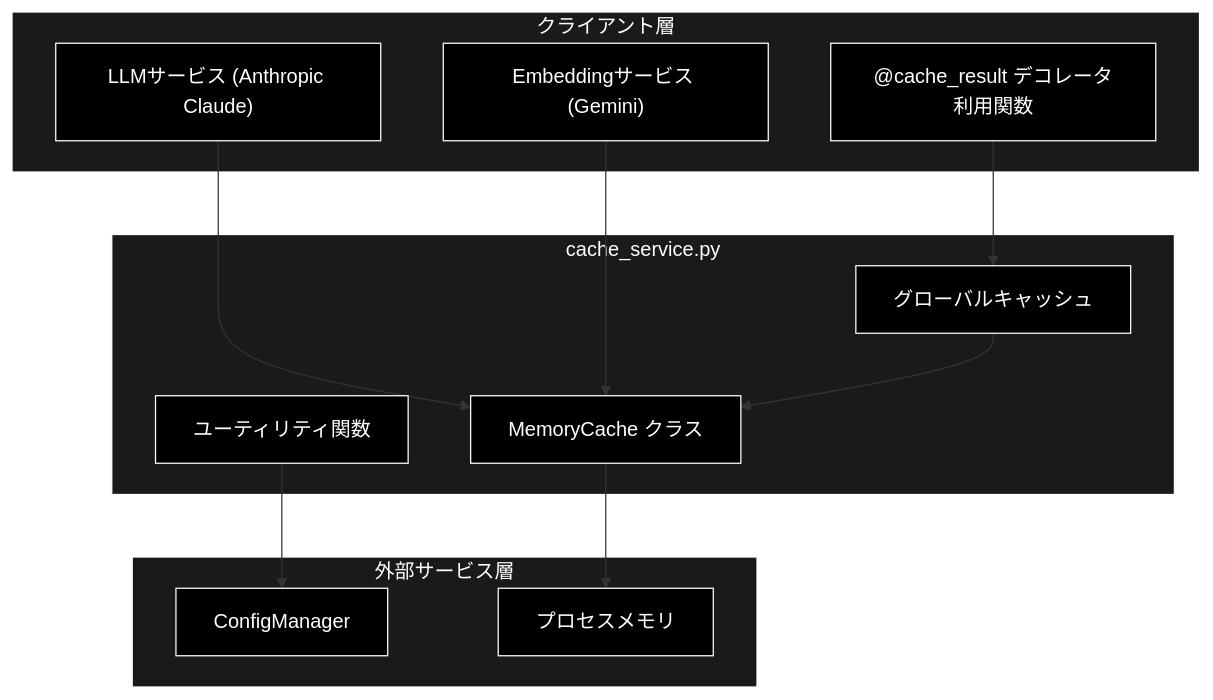
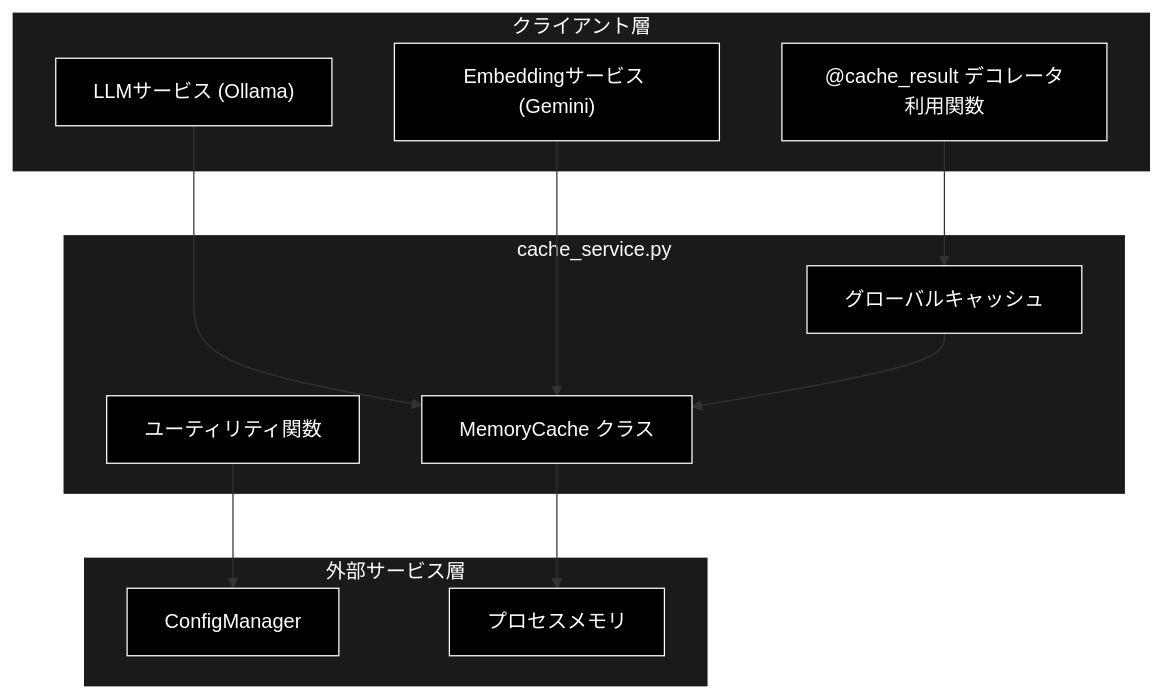
Before and after one commit to nakashima2toshio/grace_v2_local: the first of 3 diagrams in services/docs/cache_service.md, drawn with Mermaid. The commit also changed other lines of this file and 36 other files, not shown here.

First line of the commit message:
docs: 「LLM は Anthropic Claude」・旧既定モデルの記述を Ollama 版の実態へ直す（作業途中）

````diff
--- a/services/docs/cache_service.md
+++ b/services/docs/cache_service.md
@@ -74,32 +74,32 @@
 ```mermaid
 flowchart TB
     subgraph CLIENT["クライアント層"]
-        LLM_SVC["LLMサービス (Anthropic Claude)"]
+        LLM_SVC["LLMサービス (Ollama)"]
         EMB_SVC["Embeddingサービス (Gemini)"]
         DECO["@cache_result デコレータ利用関数"]
     end
 
     subgraph MODULE["cache_service.py"]
         CACHE["MemoryCache クラス"]
         GLOBAL["グローバルキャッシュ"]
         FACTORY["ユーティリティ関数"]
     end
 
     subgraph EXTERNAL["外部サービス層"]
         CONFIG["ConfigManager"]
         MEM["プロセスメモリ"]
     end
 
     LLM_SVC --> CACHE
     EMB_SVC --> CACHE
     DECO --> GLOBAL
     GLOBAL --> CACHE
     FACTORY --> CONFIG
     CACHE --> MEM
 classDef default fill:#000,stroke:#fff,color:#fff
 classDef subgraphStyle fill:#1a1a1a,stroke:#fff,color:#fff
 class LLM_SVC,EMB_SVC,DECO,CACHE,GLOBAL,FACTORY,CONFIG,MEM default
 style CLIENT fill:#1a1a1a,stroke:#fff,color:#fff
 style MODULE fill:#1a1a1a,stroke:#fff,color:#fff
 style EXTERNAL fill:#1a1a1a,stroke:#fff,color:#fff
 ```
````
